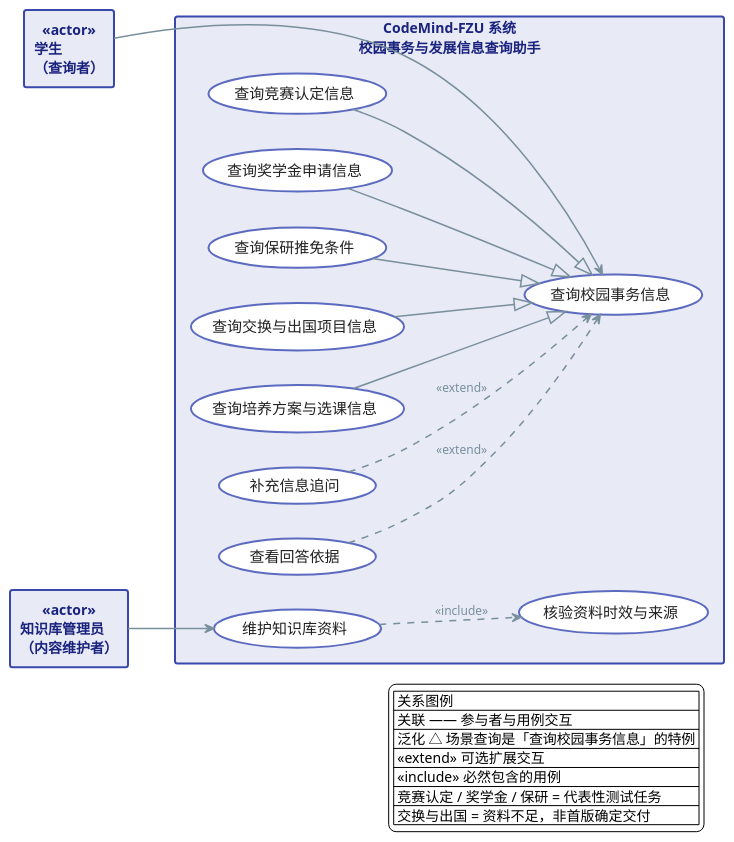
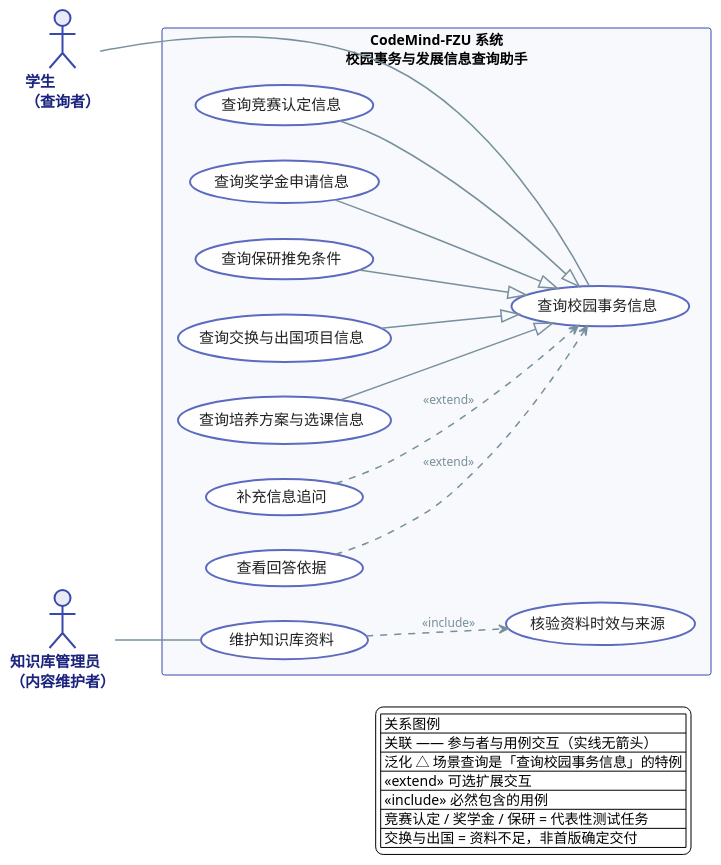
The diagram in docs/assignment-02/system-design/diagrams/uml/use-case/系统用例图_颜俊宇_v3.puml (yz-Yezi-Genm/CodeMind-FZU), drawn with PlantUML before and after one commit. The commit also changed 2 other files, not shown here.

Commit message:
docs: 参与者改用标准 actor 符号、关联线去箭头，统一版本号 v3.1（颜俊宇）
- 学生/知识库管理员改回 PlantUML 标准 actor（小人）符号
- 参与者与用例关联线改为普通实线（无箭头），符合 UML 用例图规范
- puml 版本号 v3.0 -> v3.1，清理'覆盖四大场景'旧注释，明确五大业务方向与首版范围
- 重新导出 PNG/SVG，源文件与导出文件一致

```diff
--- a/docs/assignment-02/system-design/diagrams/uml/use-case/系统用例图_颜俊宇_v3.puml
+++ b/docs/assignment-02/system-design/diagrams/uml/use-case/系统用例图_颜俊宇_v3.puml
@@ -1,104 +1,106 @@
 @startuml 系统用例图
 ' ============================================
 ' CodeMind-FZU 系统用例图
-' 负责人：颜俊宇  版本：v3.0
+' 负责人：颜俊宇  版本：v3.1
 ' 建模原则：先定边界 → 再定参与者(角色) → 用例=用户目标 → 关系能少则少
-' 作业要求：覆盖四大场景 + 体现补充信息/查看依据/知识库管理等交互
+' 业务范围：五大业务方向，首版优先支持前四个方向的有资料依据查询与导航；
+'           竞赛认定/奖学金/保研为三个代表性测试任务；交换与出国资料不足、非首版确定交付
 ' ============================================
 
 skinparam backgroundColor #FFFFFF
 skinparam shadowing false
 skinparam defaultFontName "Microsoft YaHei"
 skinparam packageStyle rectangle
 
 skinparam package {
   BackgroundColor #F7F9FC
   BorderColor #3949AB
   BorderThickness 2
   FontColor #1A237E
   FontStyle bold
   FontSize 20
 }
 
-skinparam rectangle {
+skinparam actor {
   BackgroundColor #E8EAF6
   BorderColor #3949AB
   BorderThickness 2
   FontColor #1A237E
   FontStyle bold
+  FontSize 15
 }
 
 skinparam usecase {
   BackgroundColor #FFFFFF
   BorderColor #5C6BC0
   BorderThickness 2
   FontColor #212121
   FontSize 15
 }
 
 skinparam ArrowColor #78909C
 skinparam ArrowFontColor #78909C
 skinparam ArrowFontSize 12
 skinparam ArrowThickness 1.5
 
 hide empty members
 left to right direction
 
-' ============ 参与者（角色） ============
-rectangle "学生\n（查询者）" as Student <<actor>>
-rectangle "知识库管理员\n（内容维护者）" as KbAdmin <<actor>>
+' ============ 参与者（角色，标准 actor 符号） ============
+actor "学生\n（查询者）" as Student
+actor "知识库管理员\n（内容维护者）" as KbAdmin
 
 ' ============ 系统边界 ============
 rectangle "CodeMind-FZU 系统\n校园事务与发展信息查询助手" as System {
 
   ' ---- 抽象基用例（统一查询目标） ----
   usecase "查询校园事务信息" as UC_Query
 
   ' ---- 查询类用例（用户目标层） ----
   usecase "查询竞赛认定信息" as UC_Competition
   usecase "查询奖学金申请信息" as UC_Scholarship
   usecase "查询保研推免条件" as UC_Postgrad
   usecase "查询交换与出国项目信息" as UC_Exchange
   usecase "查询培养方案与选课信息" as UC_Curriculum
 
   ' ---- 扩展交互（作业要求体现的交互） ----
   usecase "补充信息追问" as UC_Followup
   usecase "查看回答依据" as UC_Evidence
 
   ' ---- 知识库管理员目标 ----
   usecase "维护知识库资料" as UC_KB
   usecase "核验资料时效与来源" as UC_Verify
 }
 
-' ============ 关联 ============
-Student --> UC_Query
-KbAdmin --> UC_KB
+' ============ 关联（普通实线，无箭头） ============
+Student -- UC_Query
+KbAdmin -- UC_KB
 
 ' ============ 布局约束：学生拉到左侧 ============
 Student -[hidden]down- UC_Competition
 
 ' ============ 泛化：场景查询是「查询校园事务信息」的特例 ============
 UC_Competition --|> UC_Query
 UC_Scholarship --|> UC_Query
 UC_Postgrad --|> UC_Query
 UC_Exchange --|> UC_Query
 UC_Curriculum --|> UC_Query
 
 ' ============ extend：可选交互扩展自查询 ============
 UC_Followup ..> UC_Query : <<extend>>
 UC_Evidence ..> UC_Query : <<extend>>
 
 ' ============ include：维护必然包含核验 ============
 UC_KB ..> UC_Verify : <<include>>
 
 legend bottom right
   | 关系图例 |
-  | 关联 —— 参与者与用例交互 |
+  | 关联 —— 参与者与用例交互（实线无箭头） |
   | 泛化 △ 场景查询是「查询校园事务信息」的特例 |
   | <<extend>> 可选扩展交互 |
   | <<include>> 必然包含的用例 |
   | 竞赛认定 / 奖学金 / 保研 = 代表性测试任务 |
   | 交换与出国 = 资料不足，非首版确定交付 |
 endlegend
 
 @enduml
```
